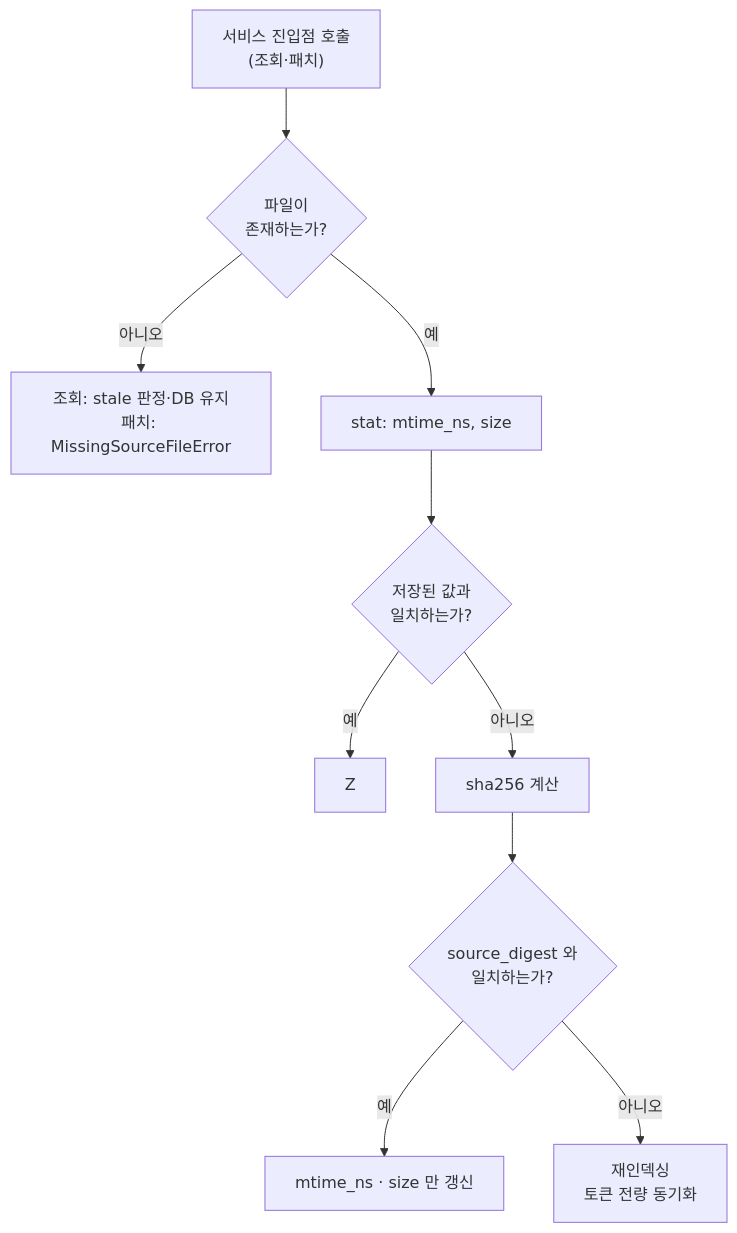
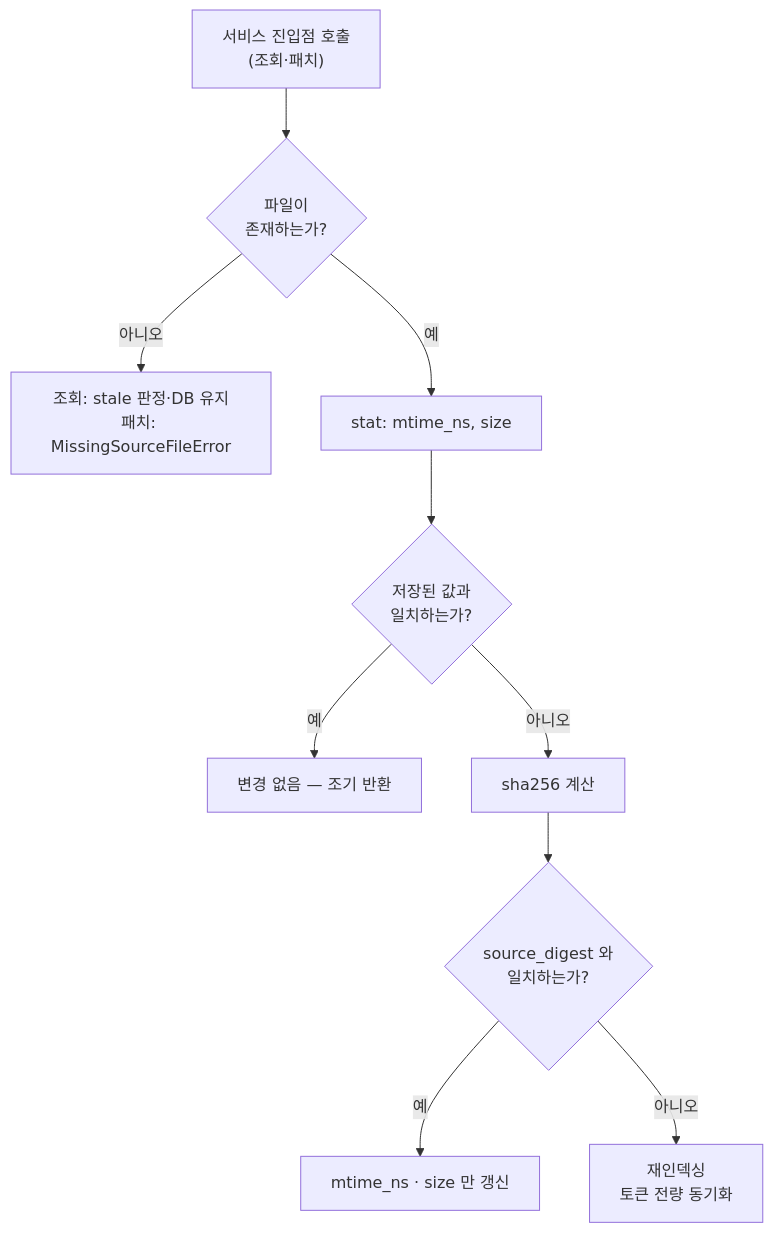
One commit to JongSeonKim/protokflow changed the second of 2 diagrams in docs/plans/2026-08-24-1252-feat-designmd-storage-layer-plan.md. Above: the diagram before and after it, drawn with Mermaid. The commit also changed other lines of this file and 4 other files, not shown here.

First line of the commit message:
docs(storage): update storage architecture docs, concepts, and explainer

````diff
--- a/docs/plans/2026-08-24-1252-feat-designmd-storage-layer-plan.md
+++ b/docs/plans/2026-08-24-1252-feat-designmd-storage-layer-plan.md
@@ -204,12 +221,12 @@
 ```mermaid
 flowchart TD
     A["서비스 진입점 호출<br/>(조회·패치)"] --> C{"파일이<br/>존재하는가?"}
     C -->|아니오| Y["조회: stale 판정·DB 유지<br/>패치: MissingSourceFileError"]
     C -->|예| D["stat: mtime_ns, size"]
     D --> E{"저장된 값과<br/>일치하는가?"}
-    E -->|예| Z
+    E -->|예| Z["변경 없음 — 조기 반환"]
     E -->|아니오| F["sha256 계산"]
     F --> G{"source_digest 와<br/>일치하는가?"}
     G -->|예| H["mtime_ns · size 만 갱신"]
     G -->|아니오| I["재인덱싱<br/>토큰 전량 동기화"]
 ```
````
